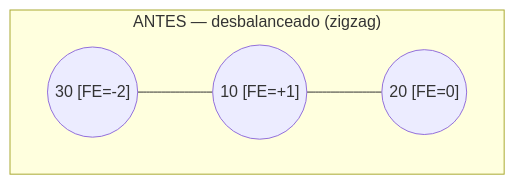
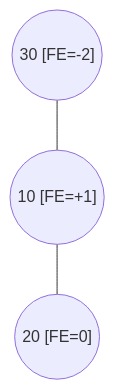
Before and after one commit to frijolitobandido/Guia_Matematica_Discreta: diagram 24 of 34 in 03-arboles.md, drawn with Mermaid. The commit also changed other lines of this file, not shown here.

````diff
--- a/03-arboles.md
+++ b/03-arboles.md
@@ -543,7 +608,5 @@
 ```mermaid
 graph TD
-    subgraph Antes3["ANTES — desbalanceado (zigzag)"]
-        e1(("30 [FE=-2]")) --- e2(("10 [FE=+1]"))
-        e2 --- e3(("20 [FE=0]"))
-    end
+    e1(("30 [FE=-2]")) --- e2(("10 [FE=+1]"))
+    e2 --- e3(("20 [FE=0]"))
 ```
````
